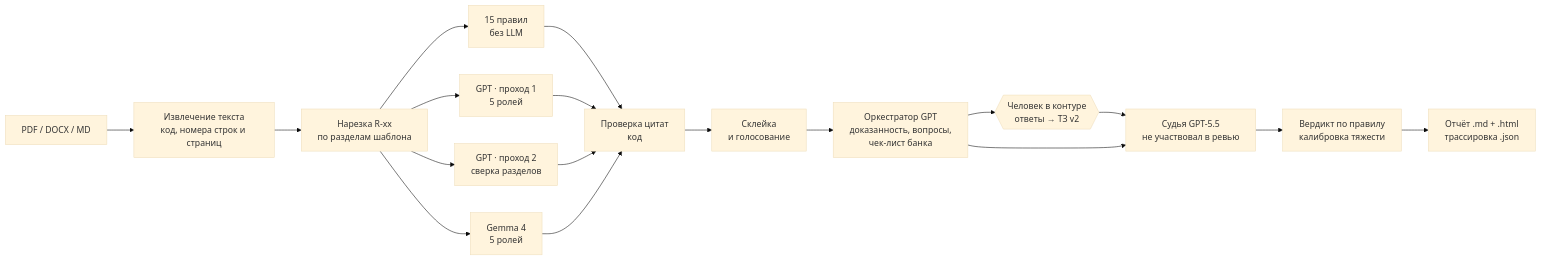
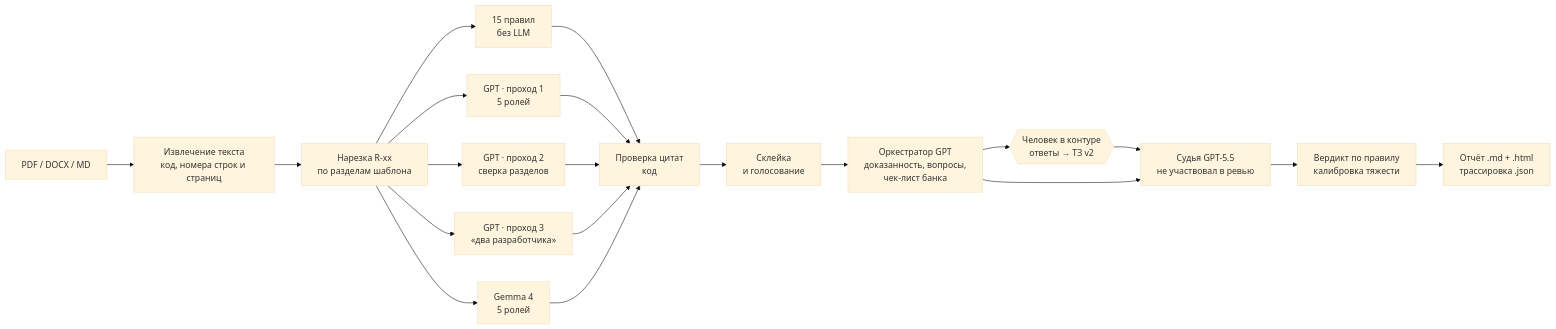
One commit to Aldibek/AI_agent_hack changed the diagram in README.md. Above: the diagram before and after it, drawn with Mermaid (base theme). The commit also changed other lines of this file and 3 other files, not shown here.

````diff
--- a/README.md
+++ b/README.md
@@ -22,20 +22,22 @@
 ```mermaid
 flowchart LR
     IN[PDF / DOCX / MD] --> ING[Извлечение текста<br/>код, номера строк и страниц]
     ING --> SEG[Нарезка R-xx<br/>по разделам шаблона]
     SEG --> RUL[15 правил<br/>без LLM]
     SEG --> R1[GPT · проход 1<br/>5 ролей]
     SEG --> R2[GPT · проход 2<br/>сверка разделов]
+    SEG --> R4[GPT · проход 3<br/>«два разработчика»]
     SEG --> R3[Gemma 4<br/>5 ролей]
     RUL --> GR[Проверка цитат<br/>код]
     R1 --> GR
     R2 --> GR
+    R4 --> GR
     R3 --> GR
     GR --> MRG[Склейка<br/>и голосование]
     MRG --> ORC[Оркестратор GPT<br/>доказанность, вопросы,<br/>чек-лист банка]
     ORC --> HUM{{Человек в контуре<br/>ответы → ТЗ v2}}
     HUM --> JDG[Судья GPT-5.5<br/>не участвовал в ревью]
     ORC --> JDG
     JDG --> VER[Вердикт по правилу<br/>калибровка тяжести]
     VER --> OUT[Отчёт .md + .html<br/>трассировка .json]
 ```
````
